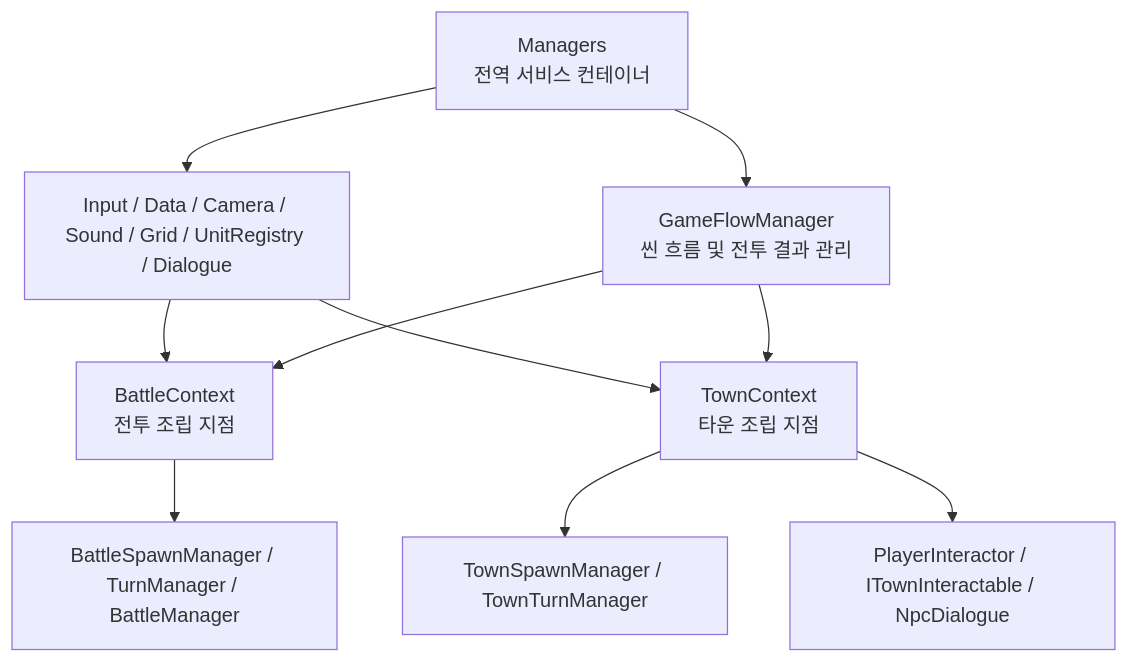
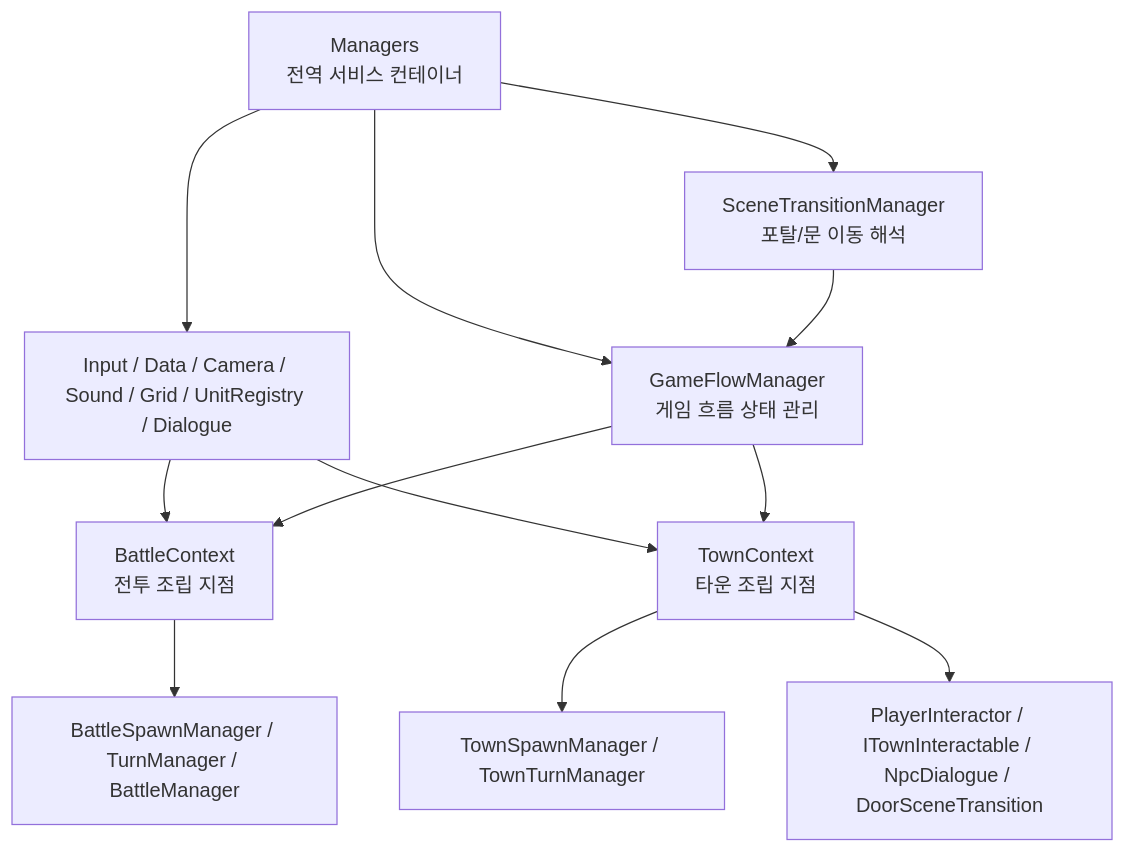
The second of 3 diagrams in README.md (ra-ku/GridRPG-Portfolio), drawn with Mermaid before and after one commit. The commit also changed other lines of this file, not shown here.

Commit message:
docs: update README with scene transition flow

````diff
--- a/README.md
+++ b/README.md
@@ -135,21 +136,24 @@
 ```mermaid
 flowchart TD
     Managers["Managers<br/>전역 서비스 컨테이너"]
     Global["Input / Data / Camera / Sound / Grid / UnitRegistry / Dialogue"]
-    Flow["GameFlowManager<br/>씬 흐름 및 전투 결과 관리"]
+    Flow["GameFlowManager<br/>게임 흐름 상태 관리"]
+    Transition["SceneTransitionManager<br/>포탈/문 이동 해석"]
     BattleContext["BattleContext<br/>전투 조립 지점"]
     TownContext["TownContext<br/>타운 조립 지점"]
     BattleManagers["BattleSpawnManager / TurnManager / BattleManager"]
     TownManagers["TownSpawnManager / TownTurnManager"]
-    Interaction["PlayerInteractor / ITownInteractable / NpcDialogue"]
+    Interaction["PlayerInteractor / ITownInteractable / NpcDialogue / DoorSceneTransition"]
 
     Managers --> Global
     Managers --> Flow
+    Managers --> Transition
     Global --> BattleContext
     Global --> TownContext
     Flow --> BattleContext
     Flow --> TownContext
+    Transition --> Flow
     BattleContext --> BattleManagers
     TownContext --> TownManagers
     TownContext --> Interaction
 ```
````
